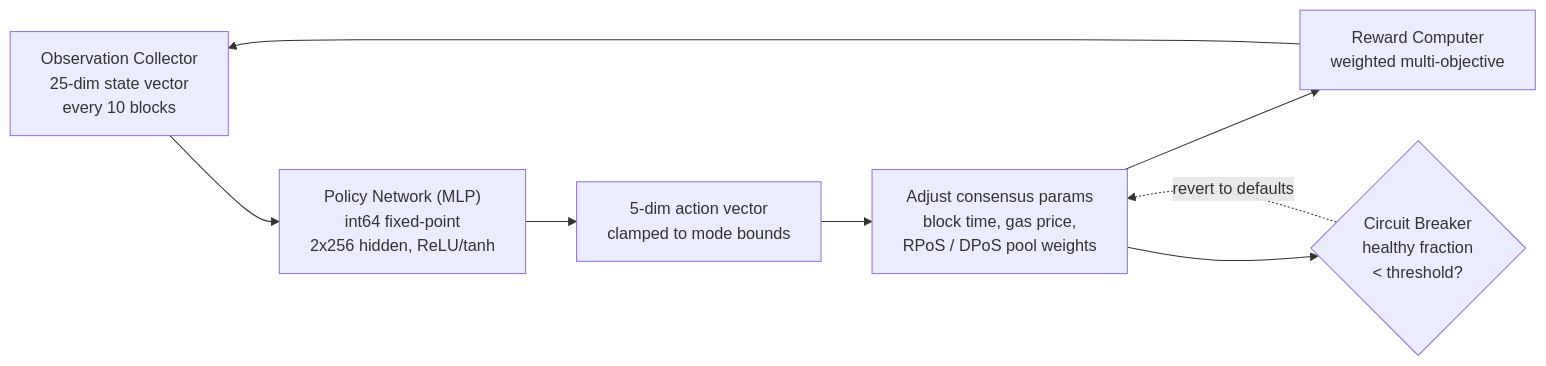
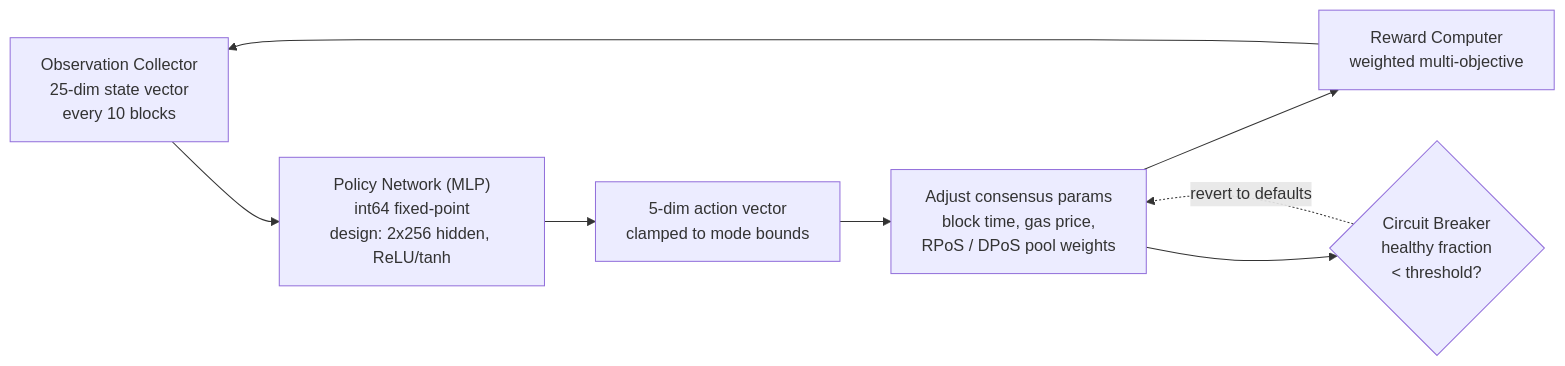
The diagram in docs/architecture/prism-consensus-engine.md (qorechain/qorechain-docs), drawn with Mermaid before and after one commit. The commit also changed other lines of this file and 919 other files, not shown here.

````diff
--- a/docs/architecture/prism-consensus-engine.md
+++ b/docs/architecture/prism-consensus-engine.md
@@ -20,10 +22,10 @@
 ```mermaid
 flowchart LR
-    A["Observation Collector<br/>25-dim state vector<br/>every 10 blocks"] --> B["Policy Network (MLP)<br/>int64 fixed-point<br/>2x256 hidden, ReLU/tanh"]
+    A["Observation Collector<br/>25-dim state vector<br/>every 10 blocks"] --> B["Policy Network (MLP)<br/>int64 fixed-point<br/>design: 2x256 hidden, ReLU/tanh"]
     B --> C["5-dim action vector<br/>clamped to mode bounds"]
     C --> D["Adjust consensus params<br/>block time, gas price,<br/>RPoS / DPoS pool weights"]
     D --> E["Reward Computer<br/>weighted multi-objective"]
     E --> A
     D --> F{"Circuit Breaker<br/>healthy fraction<br/>&lt; threshold?"}
     F -. revert to defaults .-> D
 ```
````
